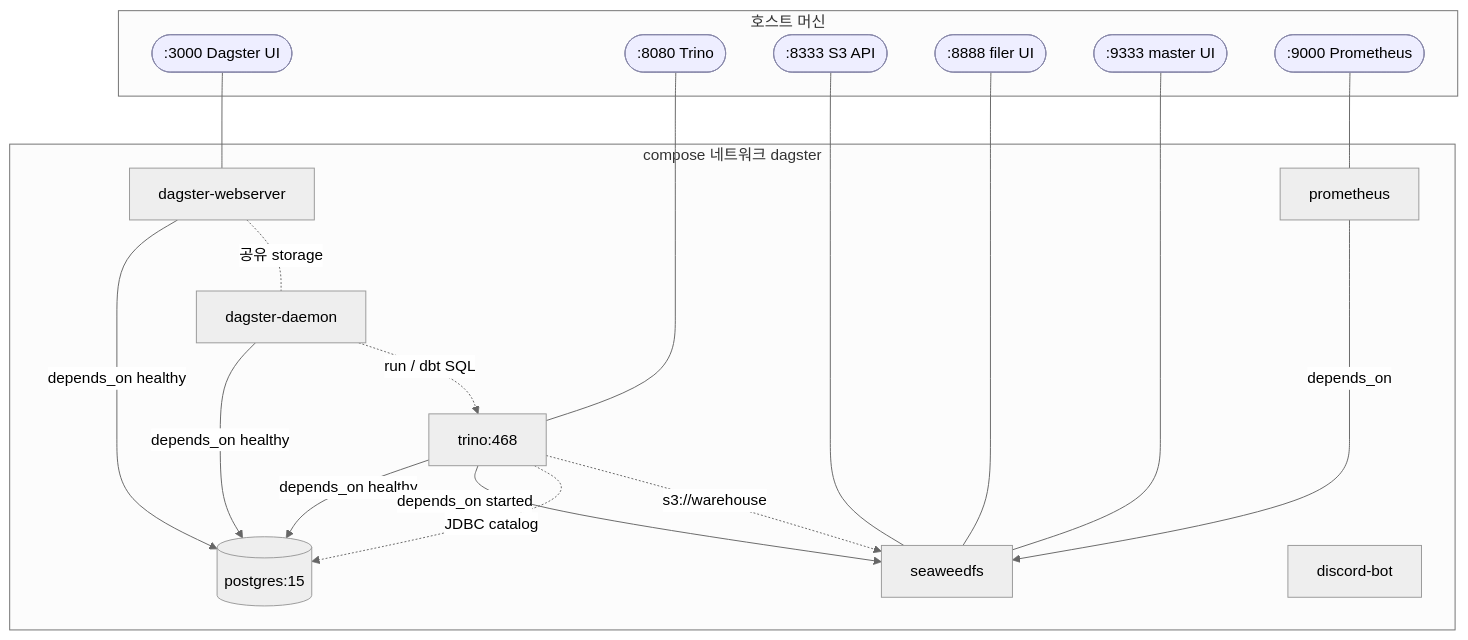
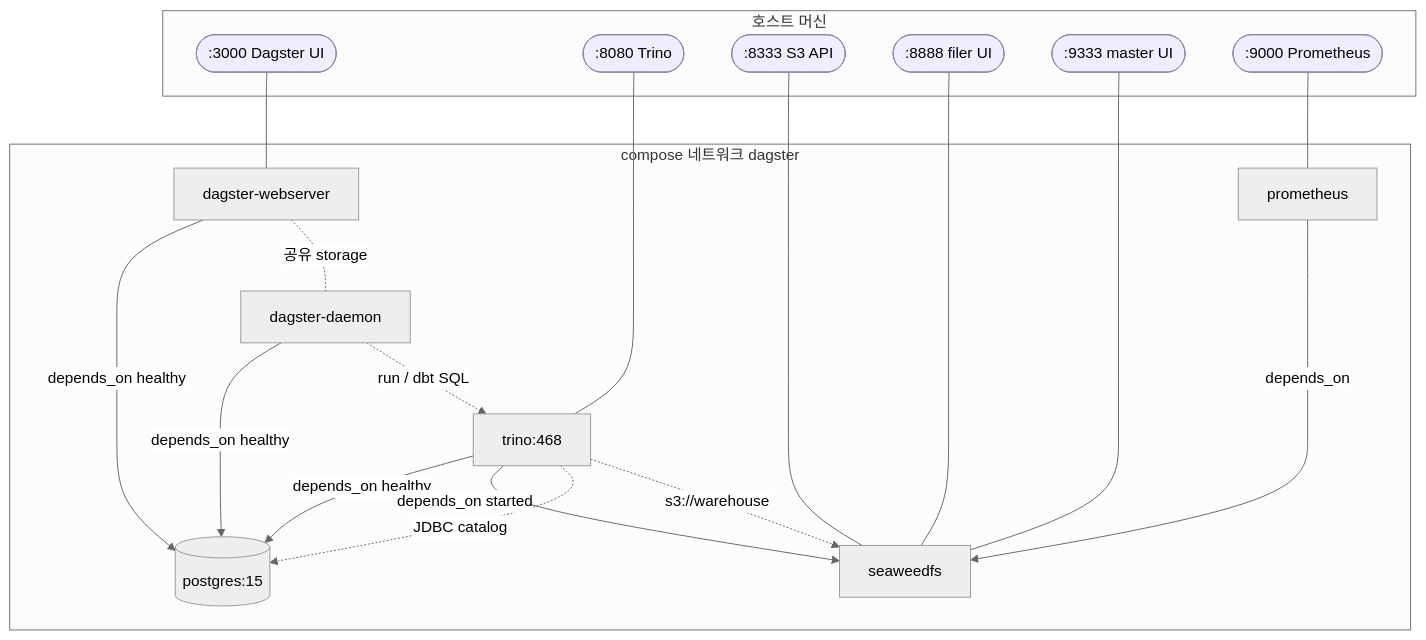
Before and after one commit to Melting-Face/dagster-study: the second of 4 diagrams in docs/architectures/overview.md, drawn with Mermaid (neutral theme). The commit also changed other lines of this file and 11 other files, not shown here.

````diff
--- a/docs/architectures/overview.md
+++ b/docs/architectures/overview.md
@@ -56,42 +55,41 @@
 ```mermaid
 flowchart TB
     subgraph host[호스트 머신]
         U1([:3000 Dagster UI])
         U2([:8080 Trino])
         U3([:8333 S3 API])
         U4([:8888 filer UI])
         U5([:9333 master UI])
         U6([:9000 Prometheus])
     end
 
     subgraph net[compose 네트워크 dagster]
         WS[dagster-webserver]
         DM[dagster-daemon]
         TR[trino:468]
         PG[(postgres:15)]
         SW[seaweedfs]
-        DC[discord-bot]
         PM[prometheus]
     end
 
     U1 --- WS
     U2 --- TR
     U3 --- SW
     U4 --- SW
     U5 --- SW
     U6 --- PM
 
     WS -->|depends_on healthy| PG
     DM -->|depends_on healthy| PG
     TR -->|depends_on healthy| PG
     TR -->|depends_on started| SW
     PM -->|depends_on| SW
 
     WS -. 공유 storage .- DM
     DM -.run / dbt SQL.-> TR
     TR -.JDBC catalog.-> PG
     TR -.s3://warehouse.-> SW
 
     classDef ext fill:#eef,stroke:#88a
     class U1,U2,U3,U4,U5,U6 ext
 ```
````
